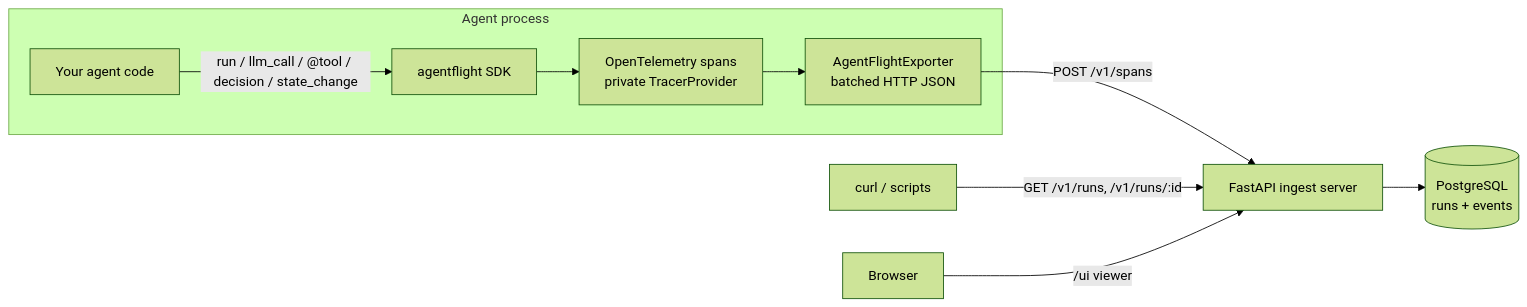
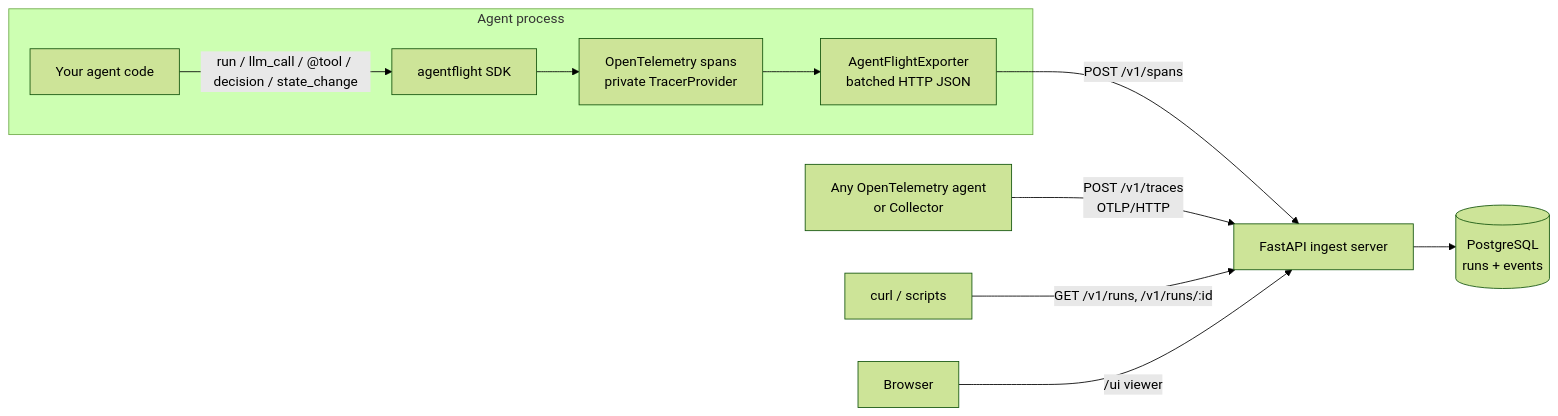
Before and after one commit to shupandee/agentflight: the diagram in README.md, drawn with Mermaid (forest theme). The commit also changed other lines of this file and 1 other file, not shown here.

First line of the commit message:
docs: OTLP ingest

````diff
--- a/README.md
+++ b/README.md
@@ -30,12 +30,13 @@
 ```mermaid
 flowchart LR
     subgraph Agent process
         A[Your agent code] -->|run / llm_call / @tool / decision / state_change| SDK[agentflight SDK]
         SDK --> OTel[OpenTelemetry spans<br/>private TracerProvider]
         OTel --> EXP[AgentFlightExporter<br/>batched HTTP JSON]
     end
     EXP -->|POST /v1/spans| API[FastAPI ingest server]
+    O[Any OpenTelemetry agent<br/>or Collector] -->|POST /v1/traces<br/>OTLP/HTTP| API
     API --> DB[(PostgreSQL<br/>runs + events)]
     C[curl / scripts] -->|GET /v1/runs, /v1/runs/:id| API
     V[Browser] -->|/ui viewer| API
 ```
````
